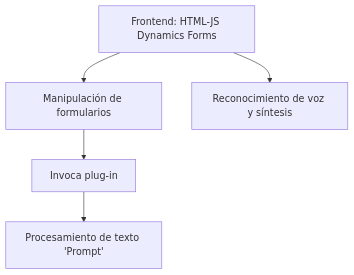
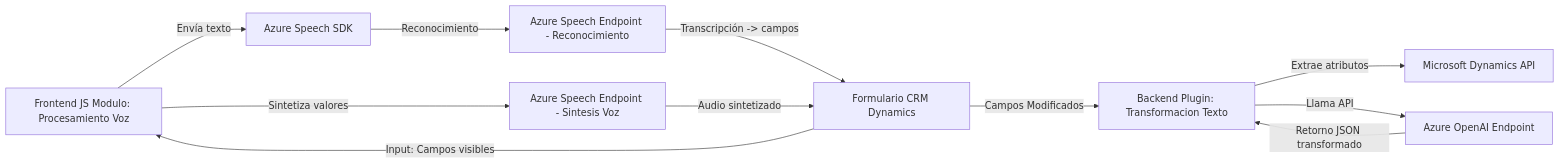
One commit to blopezdm/NETCORE_BILBAO2025 changed the diagram in README.md. Above: the diagram before and after it, drawn with Mermaid. The commit also changed other lines of this file, not shown here.

````diff
--- a/README.md
+++ b/README.md
@@ -35,13 +42,24 @@
 ```mermaid
-graph TD
-    Frontend["Frontend: HTML-JS Dynamics Forms"]
-    DynamicsAPI["Dynamics CRM Web API"]
-    SpeechSDK["Azure Speech SDK"]
-    OpenAIService["Azure OpenAI Service"]
-    Plugin["TransformText Plugin"]
+graph LR
+    A["Frontend JS Modulo: Procesamiento Voz"]
+    B["Azure Speech SDK"]
+    C["Azure Speech Endpoint - Reconocimiento"]
+    D["Azure Speech Endpoint - Sintesis Voz"]
+    F["Formulario CRM Dynamics"]
 
-    Frontend --> SpeechSDK["Reconocimiento de voz y síntesis"]
-    Frontend --> DynamicsAPI["Manipulación de formularios"]
-    DynamicsAPI --> Plugin["Invoca plug-in"]
-    Plugin --> OpenAIService["Procesamiento de texto 'Prompt'"]
+    P["Backend Plugin: Transformacion Texto"]
+    Q["Microsoft Dynamics API"]
+    R["Azure OpenAI Endpoint"]
+
+    F -- "Input: Campos visibles" --> A
+    A -- "Envía texto" --> B
+    B -- "Reconocimiento" --> C
+    C -- "Transcripción -> campos" --> F
+    A -- "Sintetiza valores" --> D
+    D -- "Audio sintetizado" --> F
+
+    F -- "Campos Modificados" --> P
+    P -- "Extrae atributos" --> Q
+    P -- "Llama API" --> R
+    R -- "Retorno JSON transformado" --> P
 ```
````
